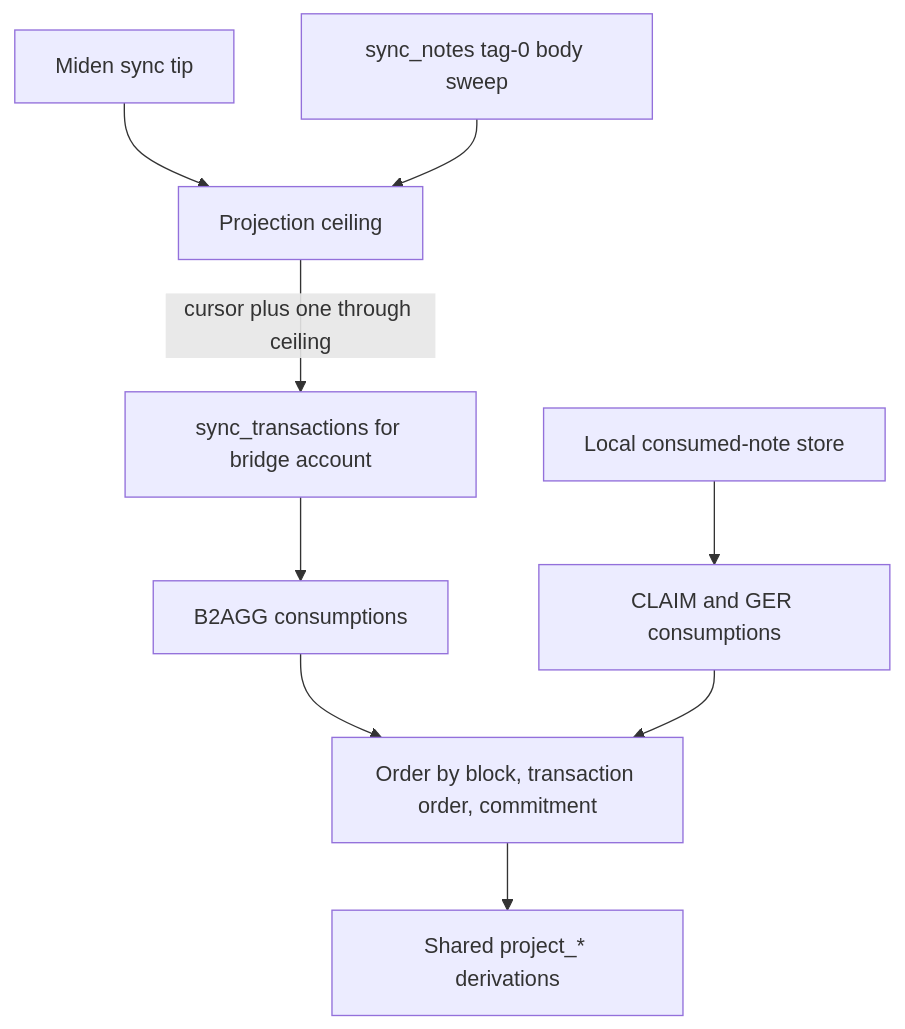
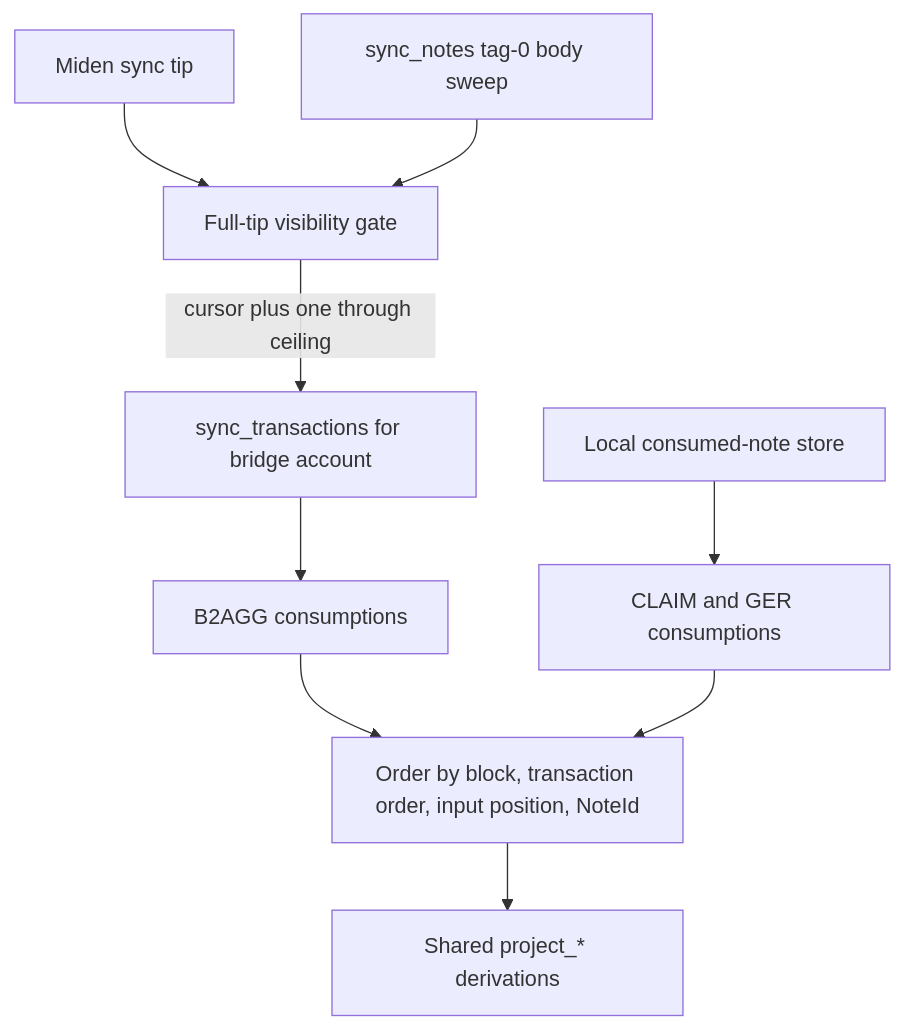
One commit to gateway-fm/miden-agglayer changed the diagram in docs/design/UNIFIED-PROJECTOR.md. Above: the diagram before and after it, drawn with Mermaid. The commit also changed other lines of this file and 22 other files, not shown here.

````diff
--- a/docs/design/UNIFIED-PROJECTOR.md
+++ b/docs/design/UNIFIED-PROJECTOR.md
@@ -23,21 +23,21 @@
 ```mermaid
 flowchart TD
     TIP["Miden sync tip"]
     SWEEP["sync_notes tag-0 body sweep"]
-    CEILING["Projection ceiling"]
+    CEILING["Full-tip visibility gate"]
     TXS["sync_transactions for bridge account"]
     LOCAL["Local consumed-note store"]
     B2AGG["B2AGG consumptions"]
     INTERNAL["CLAIM and GER consumptions"]
-    ORDER["Order by block, transaction order, commitment"]
+    ORDER["Order by block, transaction order, input position, NoteId"]
     EMIT["Shared project_* derivations"]
 
     TIP --> CEILING
     SWEEP --> CEILING
     CEILING -->|"cursor plus one through ceiling"| TXS
     TXS --> B2AGG
     LOCAL --> INTERNAL
     B2AGG --> ORDER
     INTERNAL --> ORDER
     ORDER --> EMIT
 ```
````
